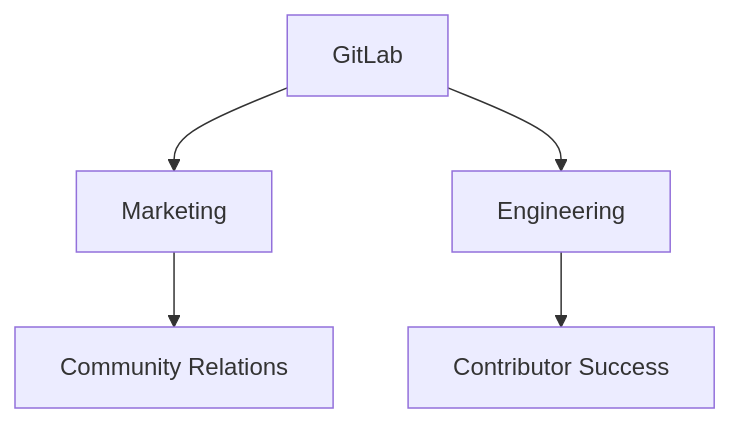
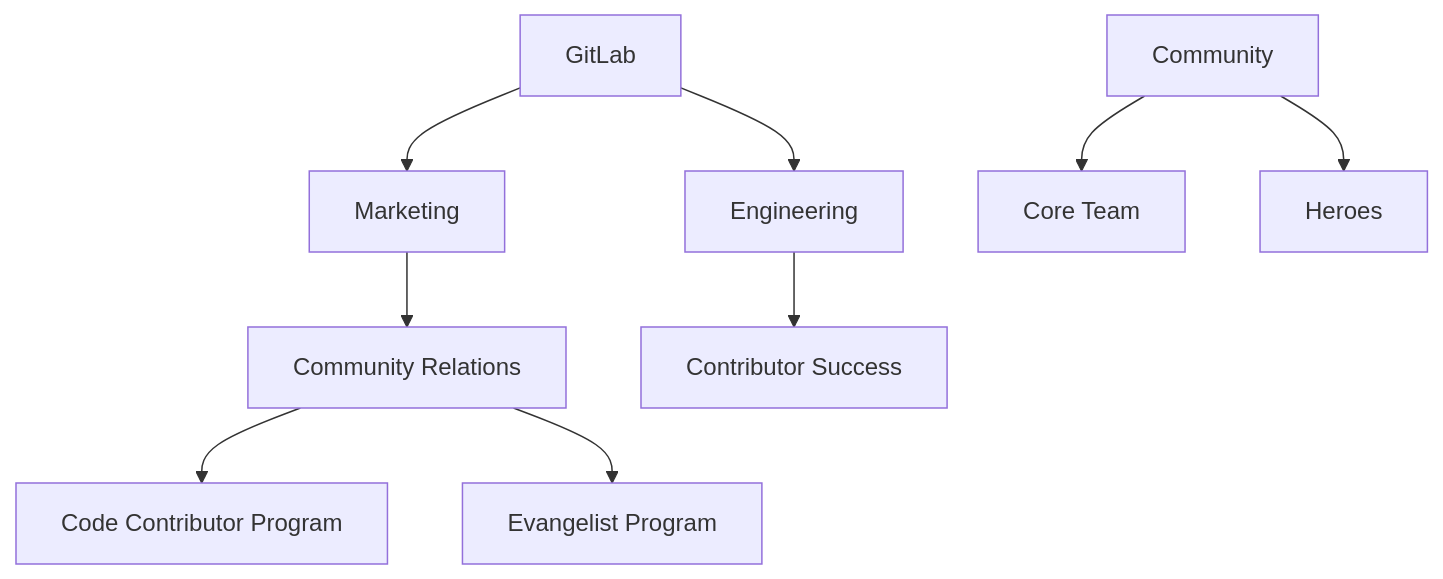
One commit to secretstartups/handbook changed the diagram in quality/contributor-success/team-structure.html.md. Above: the diagram before and after it, drawn with Mermaid.

Commit message:
Add more teams to structure

````diff
--- a/quality/contributor-success/team-structure.html.md
+++ b/quality/contributor-success/team-structure.html.md
@@ -25,8 +25,13 @@
 ```mermaid
 graph TD
     A[GitLab]
     A --> B[Marketing]
-    B --> BA[Community Relations]
+    B --> D[Community Relations]
     A --> C[Engineering]
-    C --> CA[Contributor Success]
+    C --> E[Contributor Success]
+    D --> F[Code Contributor Program]
+    D --> G[Evangelist Program]
+    H[Community]
+    H --> I[Core Team]
+    H --> J[Heroes]
 ```
````
